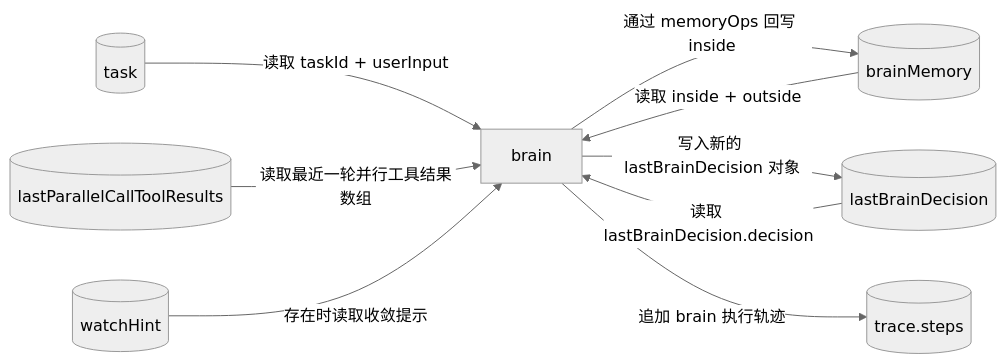
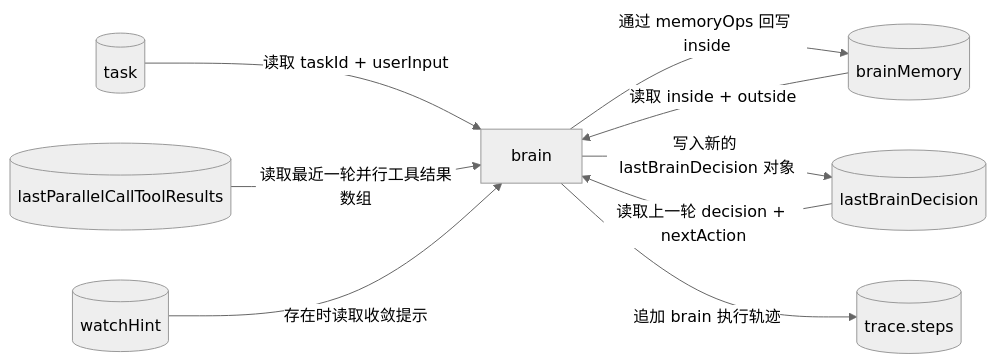
One commit to Yoan98/Ncurator changed the third of 6 diagrams in doc/ai-design/data-definition-and-flow.md. Above: the diagram before and after it, drawn with Mermaid (neutral theme). The commit also changed other lines of this file and 6 other files, not shown here.

Commit message:
Clarify AI refactor docs and human architecture references

````diff
--- a/doc/ai-design/data-definition-and-flow.md
+++ b/doc/ai-design/data-definition-and-flow.md
@@ -363,19 +388,19 @@
 ```mermaid
 flowchart LR
     T[("task")]
     BM[("brainMemory")]
     LTR[("lastParallelCallToolResults")]
     LBD[("lastBrainDecision")]
     WH[("watchHint")]
     B["brain"]
     TR[("trace.steps")]
 
     T -->|读取 taskId + userInput| B
     BM -->|读取 inside + outside| B
     LTR -->|读取最近一轮并行工具结果数组| B
-    LBD -->|读取 lastBrainDecision.decision| B
+    LBD -->|读取上一轮 decision + nextAction| B
     WH -->|存在时读取收敛提示| B
     B -->|通过 memoryOps 回写 inside| BM
     B -->|写入新的 lastBrainDecision 对象| LBD
     B -->|追加 brain 执行轨迹| TR
 ```
````
